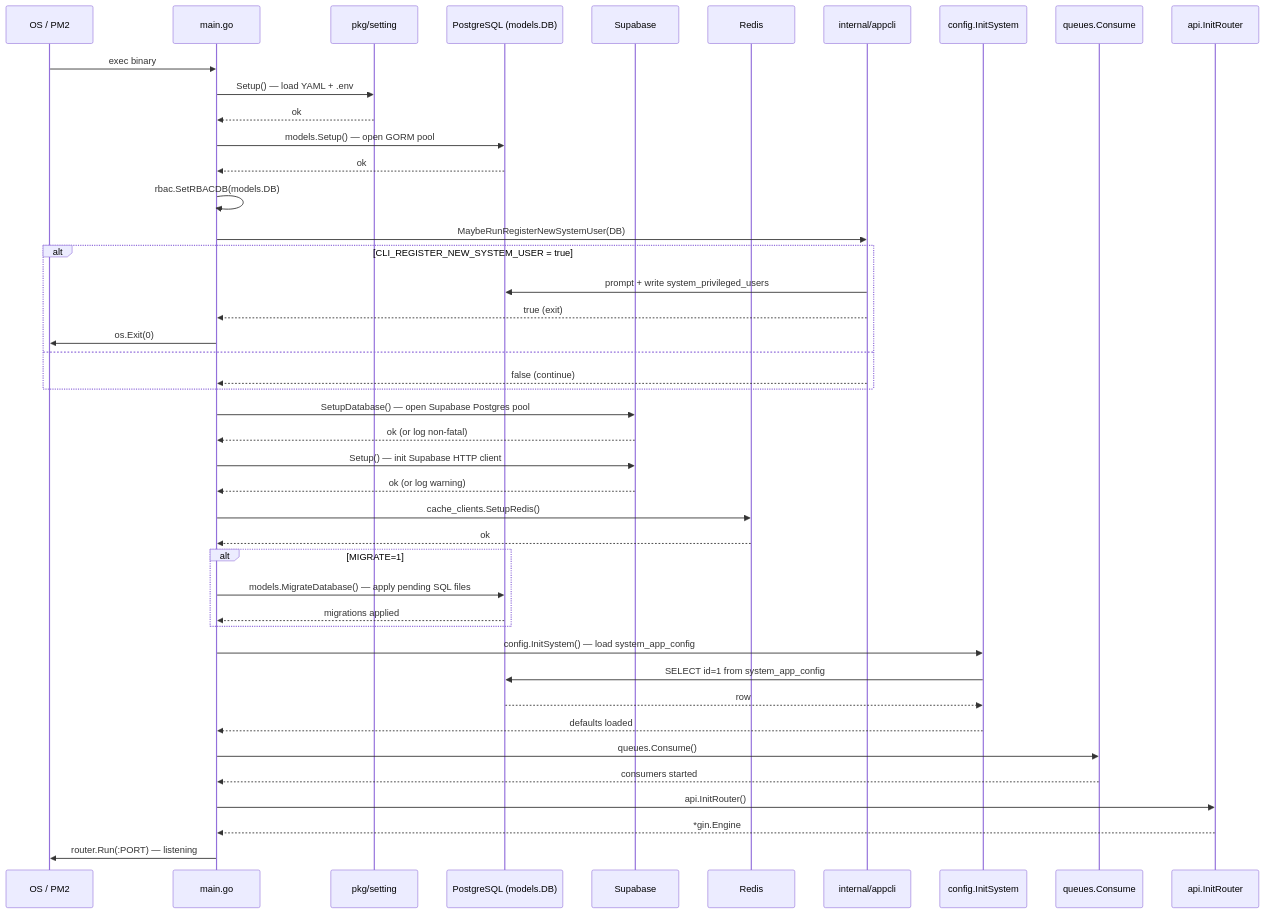
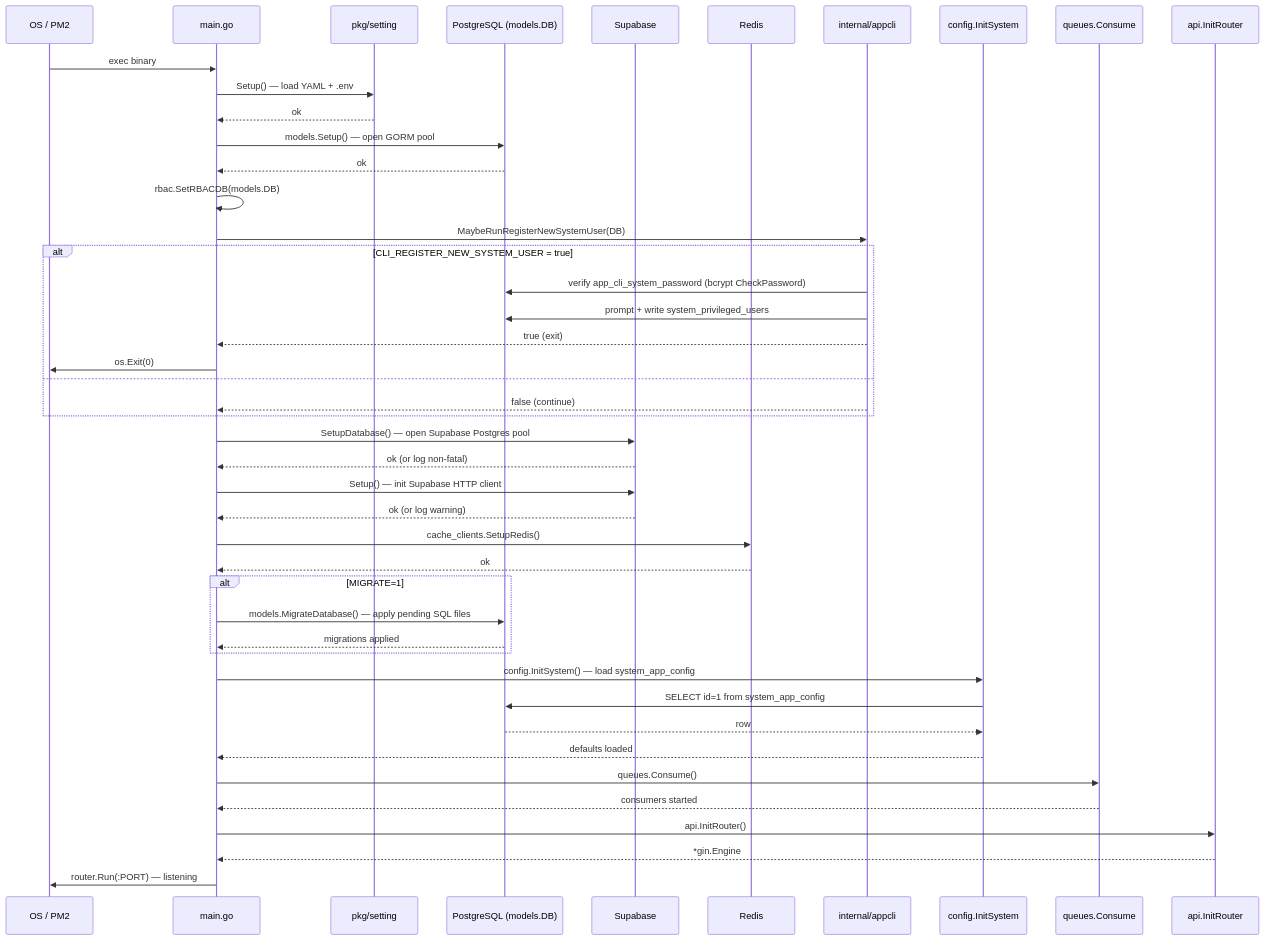
Before and after one commit to lkienkle11/be-mycourse: the first of 24 diagrams in docs/sequence_diagrams.md, drawn with Mermaid. The commit also changed other lines of this file and 6 other files, not shown here.

Commit message:
docs: sync system bcrypt config docs

````diff
--- a/docs/sequence_diagrams.md
+++ b/docs/sequence_diagrams.md
@@ -52,55 +52,56 @@
 ```mermaid
 sequenceDiagram
     participant OS as OS / PM2
     participant Main as main.go
     participant Setting as pkg/setting
     participant DB as PostgreSQL (models.DB)
     participant Supa as Supabase
     participant Redis as Redis
     participant CLI as internal/appcli
     participant Config as config.InitSystem
     participant Queue as queues.Consume
     participant Router as api.InitRouter
 
     OS->>Main: exec binary
     Main->>Setting: Setup() — load YAML + .env
     Setting-->>Main: ok
 
     Main->>DB: models.Setup() — open GORM pool
     DB-->>Main: ok
     Main->>Main: rbac.SetRBACDB(models.DB)
 
     Main->>CLI: MaybeRunRegisterNewSystemUser(DB)
     alt CLI_REGISTER_NEW_SYSTEM_USER = true
+        CLI->>DB: verify app_cli_system_password (bcrypt CheckPassword)
         CLI->>DB: prompt + write system_privileged_users
         CLI-->>Main: true (exit)
         Main->>OS: os.Exit(0)
     else
         CLI-->>Main: false (continue)
     end
 
     Main->>Supa: SetupDatabase() — open Supabase Postgres pool
     Supa-->>Main: ok (or log non-fatal)
     Main->>Supa: Setup() — init Supabase HTTP client
     Supa-->>Main: ok (or log warning)
 
     Main->>Redis: cache_clients.SetupRedis()
     Redis-->>Main: ok
 
     alt MIGRATE=1
         Main->>DB: models.MigrateDatabase() — apply pending SQL files
         DB-->>Main: migrations applied
     end
 
     Main->>Config: config.InitSystem() — load system_app_config
     Config->>DB: SELECT id=1 from system_app_config
     DB-->>Config: row
     Config-->>Main: defaults loaded
 
     Main->>Queue: queues.Consume()
     Queue-->>Main: consumers started
 
     Main->>Router: api.InitRouter()
     Router-->>Main: *gin.Engine
     Main->>OS: router.Run(:PORT) — listening
 ```
````
